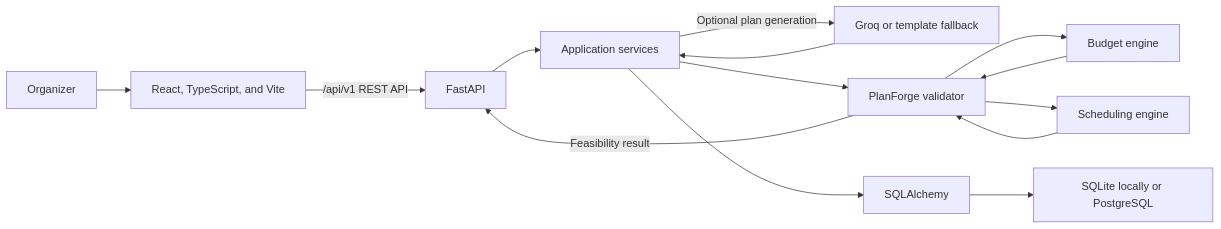
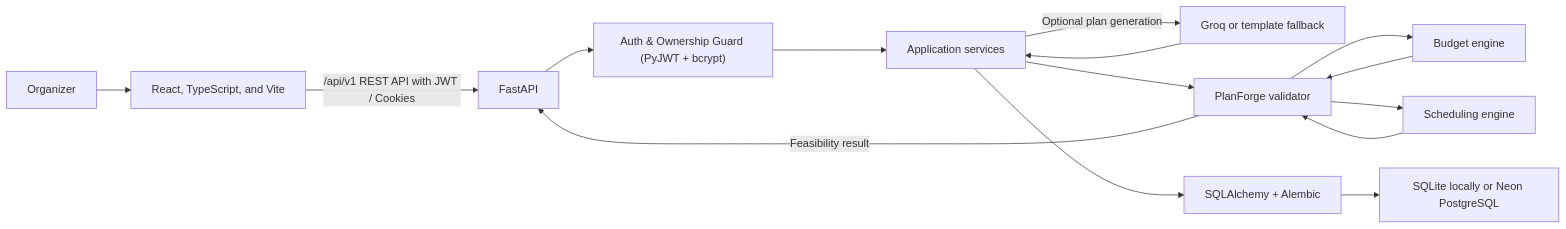
One commit to sruthi-r-22/aventra changed the second of 2 diagrams in README.md. Above: the diagram before and after it, drawn with Mermaid. The commit also changed other lines of this file, not shown here.

````diff
--- a/README.md
+++ b/README.md
@@ -114,16 +144,17 @@
 ```mermaid
 flowchart LR
     organizer["Organizer"] --> frontend["React, TypeScript, and Vite"]
-    frontend -->|"/api/v1 REST API"| backend["FastAPI"]
-    backend --> services["Application services"]
+    frontend -->|"/api/v1 REST API with JWT / Cookies"| backend["FastAPI"]
+    backend --> auth["Auth & Ownership Guard (PyJWT + bcrypt)"]
+    auth --> services["Application services"]
     services -->|Optional plan generation| groq["Groq or template fallback"]
     groq --> services
     services --> validator["PlanForge validator"]
     validator --> budget["Budget engine"]
     validator --> schedule["Scheduling engine"]
     budget --> validator
     schedule --> validator
     validator -->|Feasibility result| backend
-    services --> orm["SQLAlchemy"]
-    orm --> database["SQLite locally or PostgreSQL"]
+    services --> orm["SQLAlchemy + Alembic"]
+    orm --> database["SQLite locally or Neon PostgreSQL"]
 ```
````
